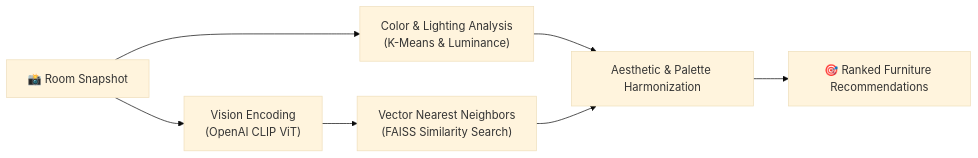
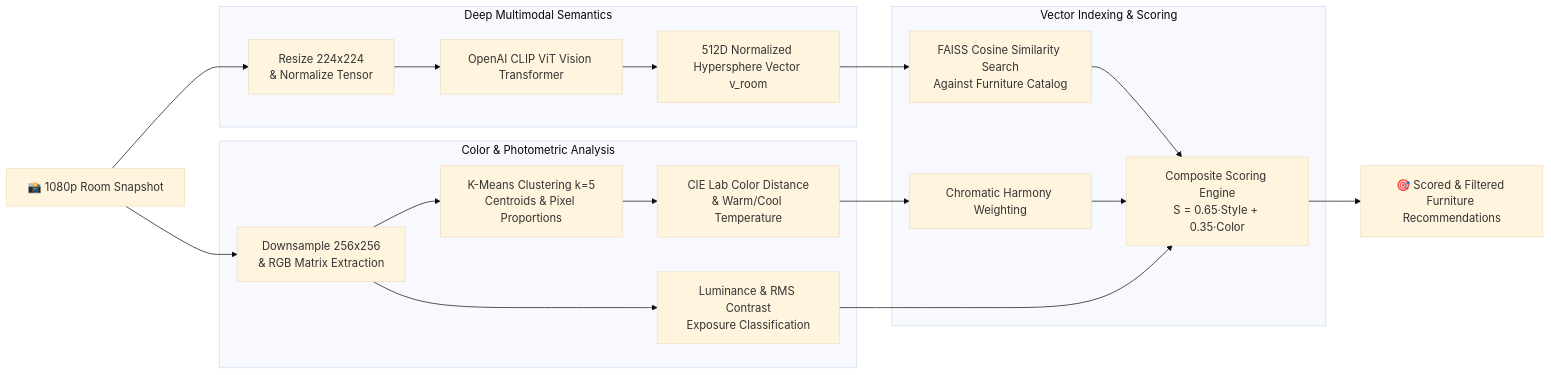
One commit to AureusBlaze/Mirage-AR-Furniture-Store changed the third of 4 diagrams in README.md. Above: the diagram before and after it, drawn with Mermaid (base theme). The commit also changed other lines of this file, not shown here.

Commit message:
docs: improve and expand System Architecture visualization with comprehensive Mermaid diagrams

````diff
--- a/README.md
+++ b/README.md
@@ -83,9 +185,26 @@
 ```mermaid
 flowchart LR
-    A["📸 Room Snapshot"] --> B["Color & Lighting Analysis<br>(K-Means & Luminance)"]
-    A --> C["Vision Encoding<br>(OpenAI CLIP ViT)"]
-    C --> D["Vector Nearest Neighbors<br>(FAISS Similarity Search)"]
-    B --> E["Aesthetic & Palette Harmonization"]
-    D --> E
-    E --> F["🎯 Ranked Furniture Recommendations"]
+    A["📸 1080p Room Snapshot"] --> B["Downsample 256x256<br>& RGB Matrix Extraction"]
+    A --> C["Resize 224x224<br>& Normalize Tensor"]
+    
+    subgraph Chromatic["Color & Photometric Analysis"]
+        B --> D["K-Means Clustering k=5<br>Centroids & Pixel Proportions"]
+        D --> E["CIE Lab Color Distance<br>& Warm/Cool Temperature"]
+        B --> F["Luminance & RMS Contrast<br>Exposure Classification"]
+    end
+    
+    subgraph VisionAI["Deep Multimodal Semantics"]
+        C --> G["OpenAI CLIP ViT Vision Transformer"]
+        G --> H["512D Normalized Hypersphere Vector v_room"]
+    end
+    
+    subgraph Retrieval["Vector Indexing & Scoring"]
+        H --> I["FAISS Cosine Similarity Search<br>Against Furniture Catalog"]
+        E --> J["Chromatic Harmony Weighting"]
+        I --> K["Composite Scoring Engine<br>S = 0.65·Style + 0.35·Color"]
+        J --> K
+        F --> K
+    end
+    
+    K --> L["🎯 Scored & Filtered Furniture Recommendations"]
 ```
````
